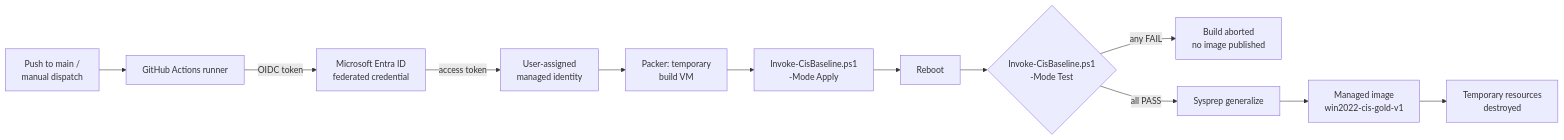
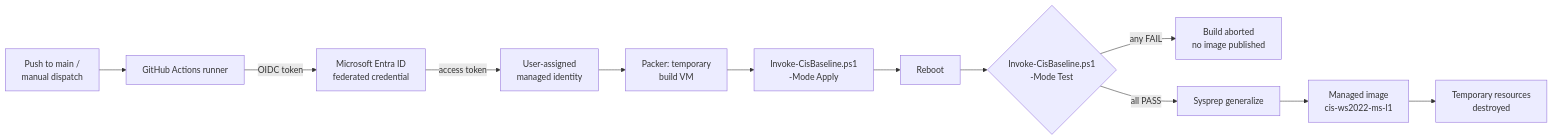
Before and after one commit to Obscy02/Azure-Packer-CIS-Image: the diagram in README.md, drawn with Mermaid. The commit also changed other lines of this file and 12 other files, not shown here.

````diff
--- a/README.md
+++ b/README.md
@@ -17,14 +17,14 @@
 ```mermaid
 flowchart LR
     A[Push to main /<br/>manual dispatch] --> B[GitHub Actions runner]
     B -- OIDC token --> C[Microsoft Entra ID<br/>federated credential]
     C -- access token --> D[User-assigned<br/>managed identity]
     D --> E[Packer: temporary<br/>build VM]
     E --> F[Invoke-CisBaseline.ps1<br/>-Mode Apply]
     F --> G[Reboot]
     G --> H{Invoke-CisBaseline.ps1<br/>-Mode Test}
     H -- any FAIL --> X[Build aborted<br/>no image published]
     H -- all PASS --> I[Sysprep generalize]
-    I --> J[Managed image<br/>win2022-cis-gold-v1]
+    I --> J[Managed image<br/>cis-ws2022-ms-l1]
     J --> K[Temporary resources<br/>destroyed]
 ```
````
